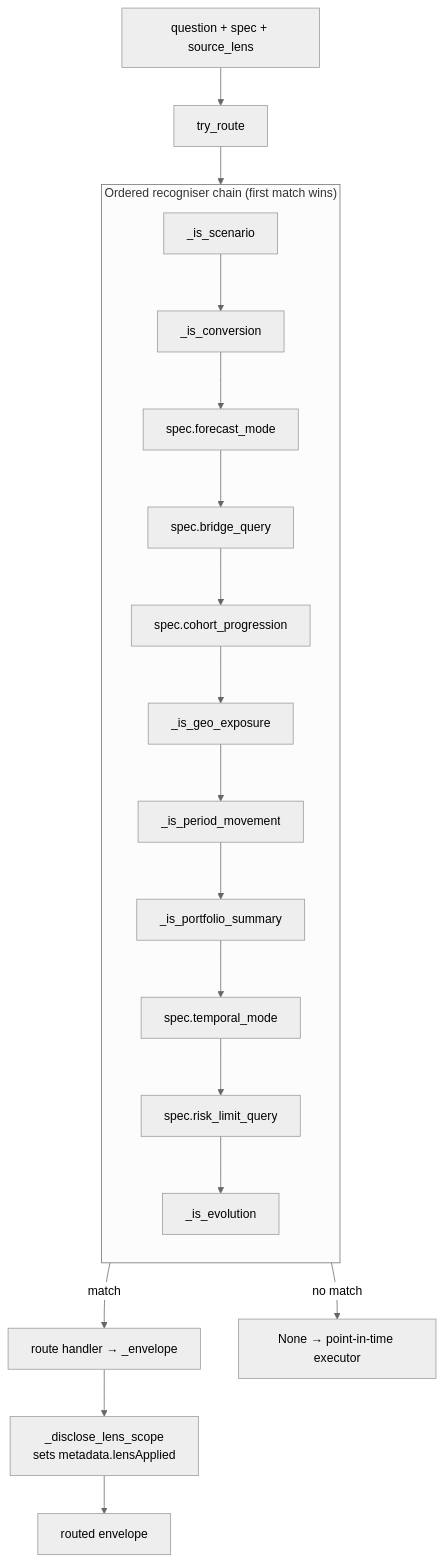
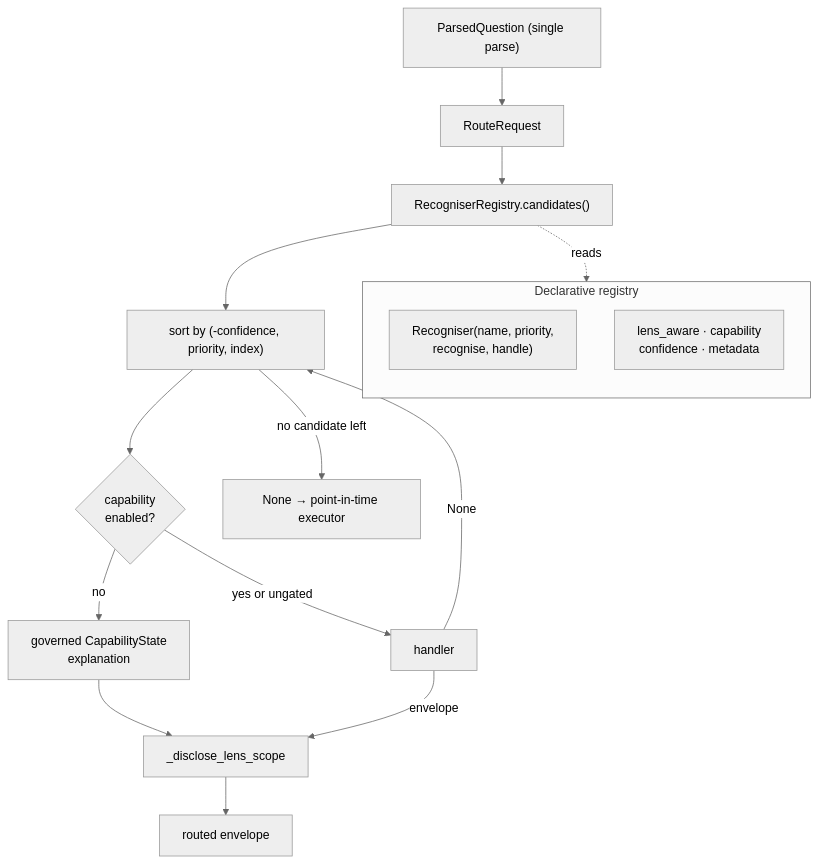
One commit to joshua1602-svg/trakt changed the third of 8 diagrams in docs/mi_query_agent_architecture.md. Above: the diagram before and after it, drawn with Mermaid (neutral theme). The commit also changed other lines of this file and 9 other files, not shown here.

````diff
--- a/docs/mi_query_agent_architecture.md
+++ b/docs/mi_query_agent_architecture.md
@@ -181,24 +188,22 @@
 ```mermaid
 flowchart TB
-  Q["question + spec + source_lens"] --> TR["try_route"]
+  P["ParsedQuestion (single parse)"] --> RR["RouteRequest"]
+  RR --> REG["RecogniserRegistry.candidates()"]
 
-  subgraph chain["Ordered recogniser chain (first match wins)"]
+  subgraph reg["Declarative registry"]
     direction TB
-    R1["_is_scenario"] --> R2["_is_conversion"]
-    R2 --> R3["spec.forecast_mode"]
-    R3 --> R4["spec.bridge_query"]
-    R4 --> R5["spec.cohort_progression"]
-    R5 --> R6["_is_geo_exposure"]
-    R6 --> R7["_is_period_movement"]
-    R7 --> R8["_is_portfolio_summary"]
-    R8 --> R9["spec.temporal_mode"]
-    R9 --> R10["spec.risk_limit_query"]
-    R10 --> R11["_is_evolution"]
+    D1["Recogniser(name, priority,<br/>recognise, handle)"]
+    D2["lens_aware · capability<br/>confidence · metadata"]
   end
 
-  TR --> chain
-  chain -->|match| H["route handler → _envelope"]
-  chain -->|no match| PIT["None → point-in-time executor"]
-  H --> D["_disclose_lens_scope<br/>sets metadata.lensApplied"]
-  D --> OUT["routed envelope"]
+  REG -.reads.-> reg
+  REG --> ORD["sort by (-confidence, priority, index)"]
+  ORD --> GATE{"capability<br/>enabled?"}
+  GATE -->|no| UNAVAIL["governed CapabilityState<br/>explanation"]
+  GATE -->|yes or ungated| H["handler"]
+  H -->|None| ORD
+  H -->|envelope| DISC["_disclose_lens_scope"]
+  ORD -->|no candidate left| PIT["None → point-in-time executor"]
+  UNAVAIL --> DISC
+  DISC --> OUT["routed envelope"]
 ```
````
